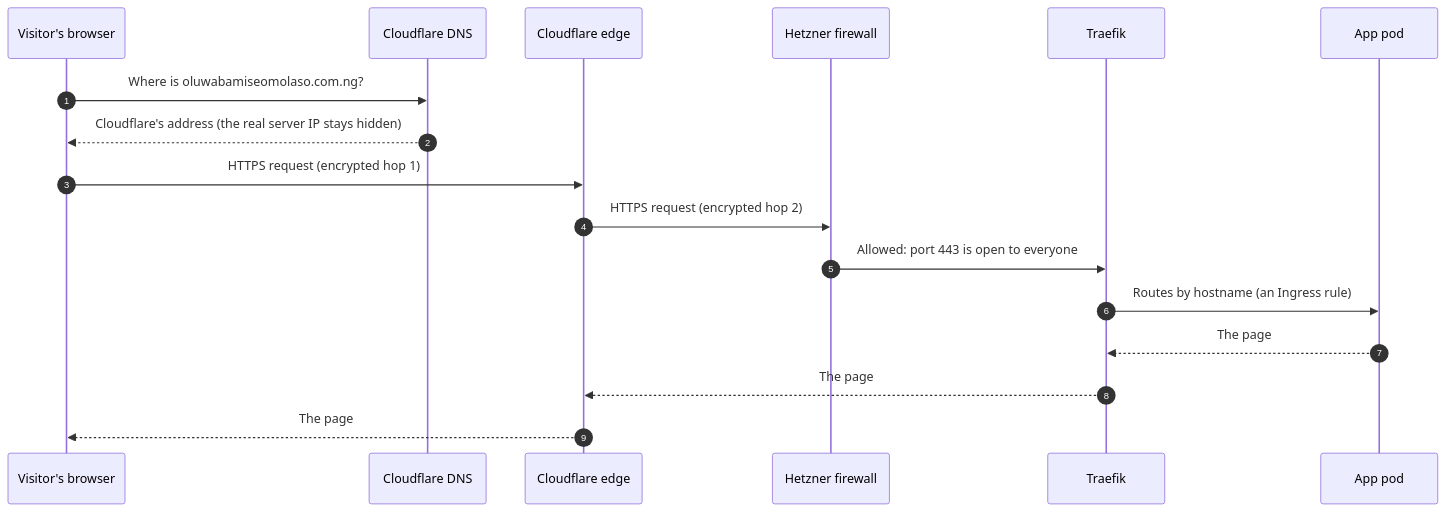
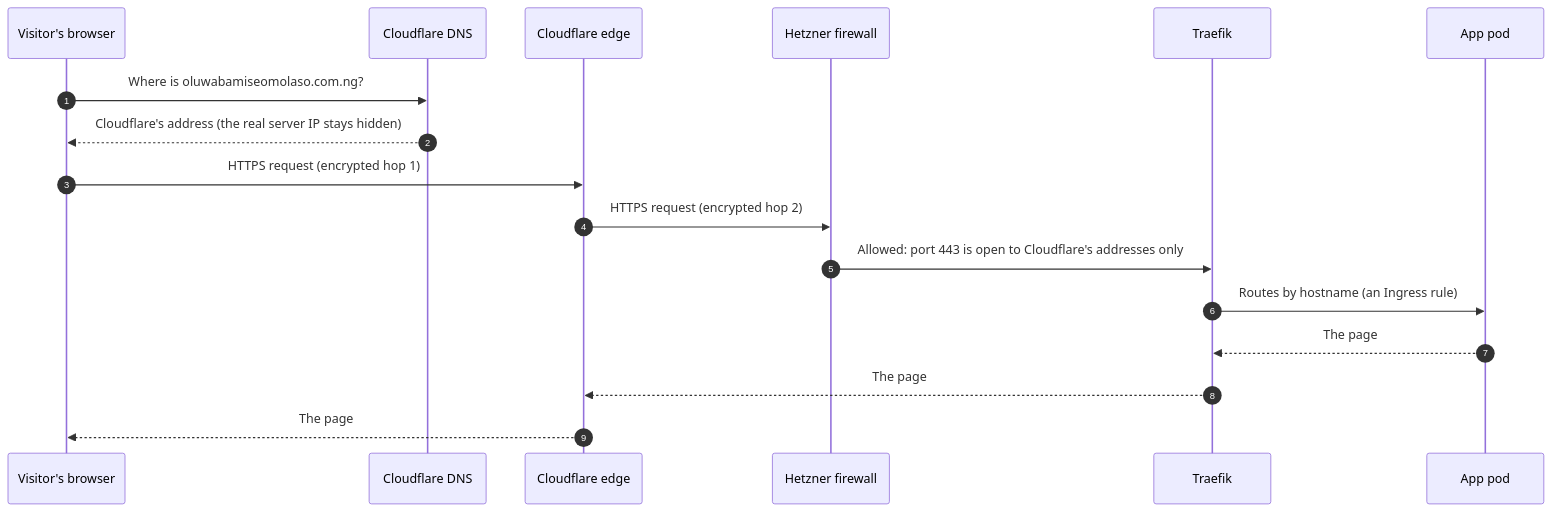
One commit to BamiseOmolaso/cloudportfoliowebsite changed the second of 5 diagrams in docs/infra/00-architecture-overview.md. Above: the diagram before and after it, drawn with Mermaid. The commit also changed other lines of this file and 7 other files, not shown here.

First line of the commit message:
feat(infra): accept web traffic from Cloudflare's ranges only

````diff
--- a/docs/infra/00-architecture-overview.md
+++ b/docs/infra/00-architecture-overview.md
@@ -86,20 +86,20 @@
 ```mermaid
 sequenceDiagram
   autonumber
   participant B as Visitor's browser
   participant D as Cloudflare DNS
   participant C as Cloudflare edge
   participant F as Hetzner firewall
   participant T as Traefik
   participant A as App pod
 
   B->>D: Where is oluwabamiseomolaso.com.ng?
   D-->>B: Cloudflare's address (the real server IP stays hidden)
   B->>C: HTTPS request (encrypted hop 1)
   C->>F: HTTPS request (encrypted hop 2)
-  F->>T: Allowed: port 443 is open to everyone
+  F->>T: Allowed: port 443 is open to Cloudflare's addresses only
   T->>A: Routes by hostname (an Ingress rule)
   A-->>T: The page
   T-->>C: The page
   C-->>B: The page
 ```
````
